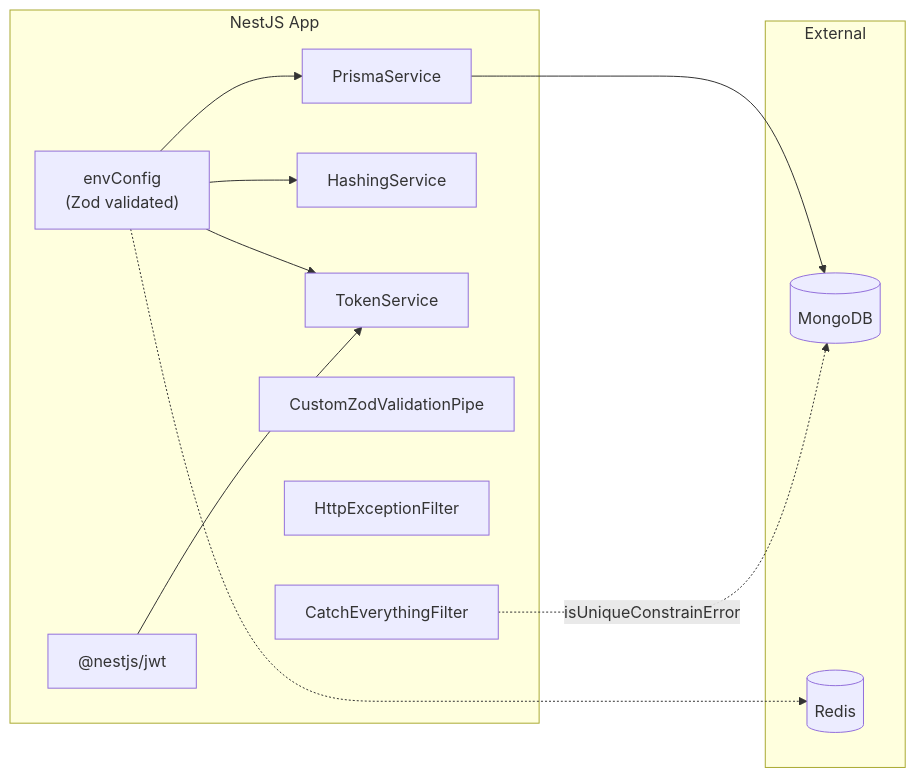
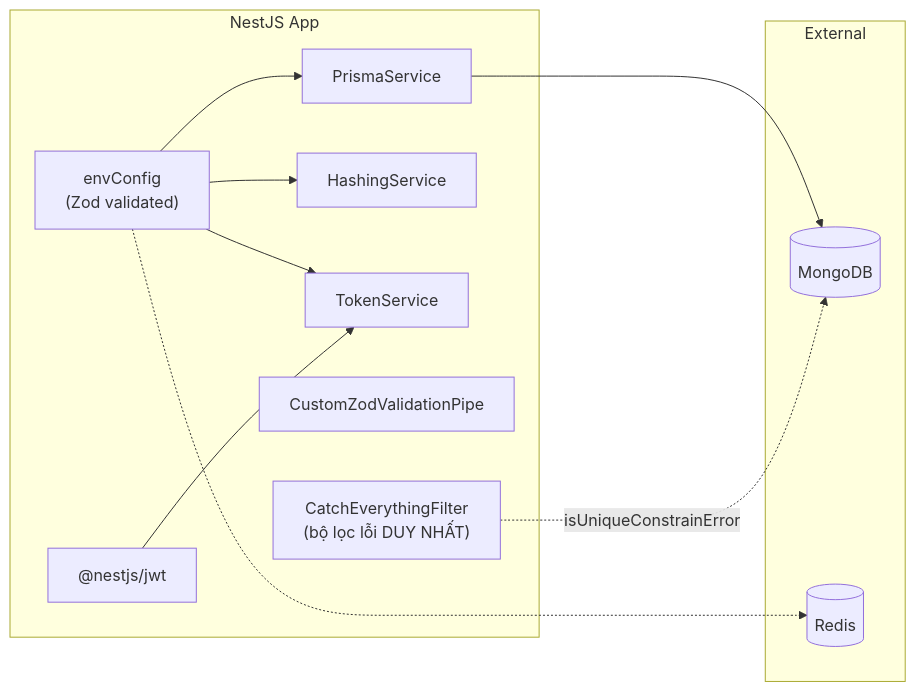
The third of 3 diagrams in ARCHITECTURE.md (WDP301-SU26-GR2/BE-dev), drawn with Mermaid before and after one commit. The commit also changed other lines of this file and 51 other files, not shown here.

````diff
--- a/ARCHITECTURE.md
+++ b/ARCHITECTURE.md
@@ -490,26 +516,25 @@
 ```mermaid
 graph LR
     subgraph "External"
         MONGO[(MongoDB)]
         REDIS[(Redis)]
     end
 
     subgraph "NestJS App"
         ENV["envConfig<br/>(Zod validated)"]
         PRISMA_SVC["PrismaService"]
         HASH_SVC["HashingService"]
         TOKEN_SVC["TokenService"]
         JWT_MOD["@nestjs/jwt"]
         PIPE["CustomZodValidationPipe"]
-        FILTER1["HttpExceptionFilter"]
-        FILTER2["CatchEverythingFilter"]
+        FILTER2["CatchEverythingFilter<br/>(bộ lọc lỗi DUY NHẤT)"]
     end
 
     ENV --> PRISMA_SVC
     ENV --> HASH_SVC
     ENV --> TOKEN_SVC
     JWT_MOD --> TOKEN_SVC
     PRISMA_SVC --> MONGO
     FILTER2 -.-> |isUniqueConstrainError| MONGO
     ENV -.-> REDIS
 ```
````
